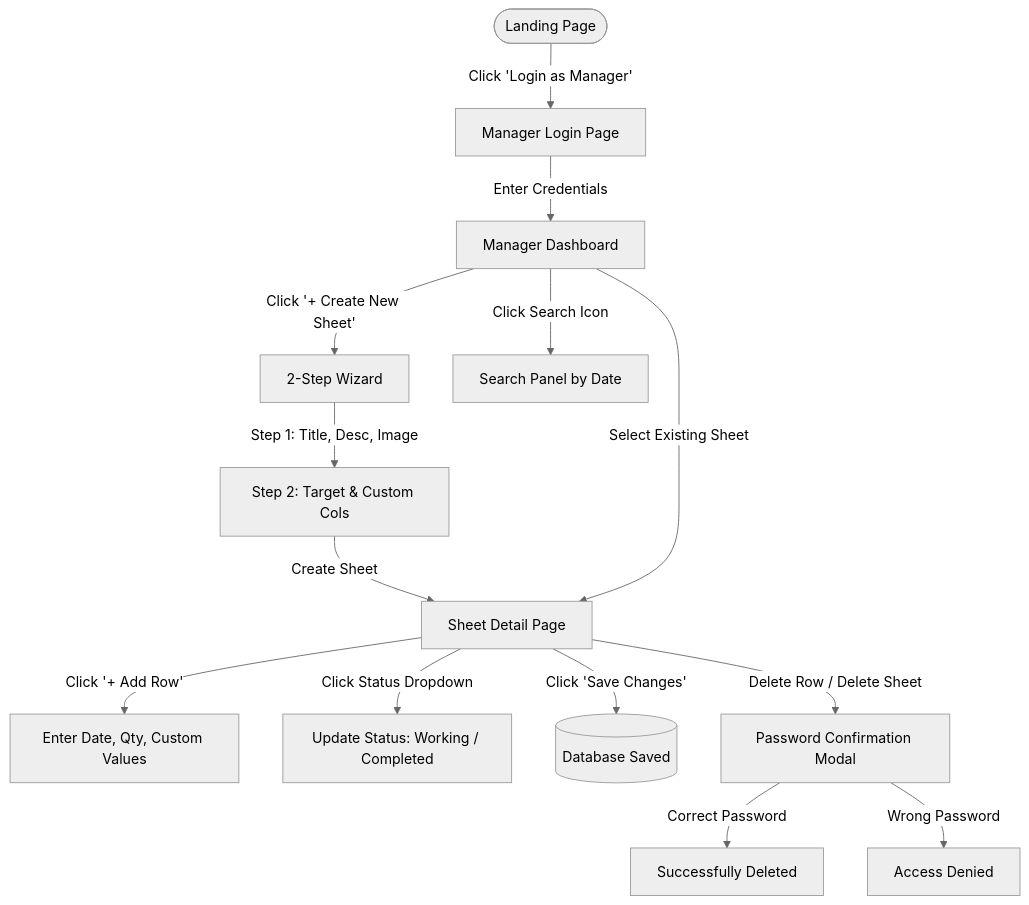
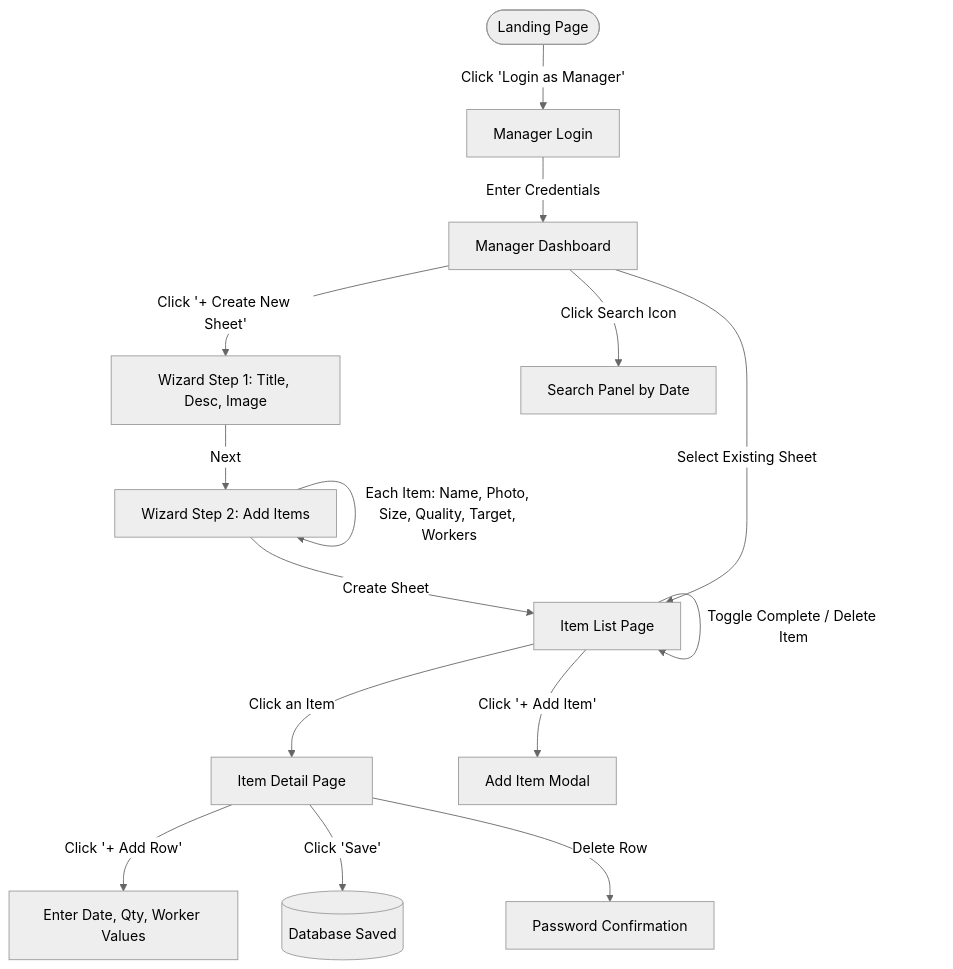
Before and after one commit to IPSayush/Production-Portal: the first of 2 diagrams in WORKFLOW.md, drawn with Mermaid (neutral theme). The commit also changed other lines of this file, not shown here.

Commit message:
docs: update WORKFLOW.md for item-based architecture

````diff
--- a/WORKFLOW.md
+++ b/WORKFLOW.md
@@ -162,20 +178,21 @@
 ```mermaid
 flowchart TD
-    A([Landing Page]) -->|Click 'Login as Manager'| B[Manager Login Page]
+    A([Landing Page]) -->|Click 'Login as Manager'| B[Manager Login]
     B -->|Enter Credentials| C[Manager Dashboard]
     
-    C -->|Click '+ Create New Sheet'| D[2-Step Wizard]
-    D -->|Step 1: Title, Desc, Image| D1[Step 2: Target & Custom Cols]
-    D1 -->|Create Sheet| E[Sheet Detail Page]
+    C -->|Click '+ Create New Sheet'| D[Wizard Step 1: Title, Desc, Image]
+    D -->|Next| E[Wizard Step 2: Add Items]
+    E -->|Each Item: Name, Photo, Size, Quality, Target, Workers| E
+    E -->|Create Sheet| F[Item List Page]
     
-    C -->|Select Existing Sheet| E
+    C -->|Select Existing Sheet| F
     C -->|Click Search Icon| S[Search Panel by Date]
     
-    E -->|Click '+ Add Row'| F[Enter Date, Qty, Custom Values]
-    E -->|Click Status Dropdown| G[Update Status: Working / Completed]
-    E -->|Click 'Save Changes'| H[(Database Saved)]
+    F -->|Click an Item| G[Item Detail Page]
+    F -->|Click '+ Add Item'| H[Add Item Modal]
+    F -->|Toggle Complete / Delete Item| F
     
-    E -->|Delete Row / Delete Sheet| I[Password Confirmation Modal]
-    I -->|Correct Password| J[Successfully Deleted]
-    I -->|Wrong Password| K[Access Denied]
+    G -->|Click '+ Add Row'| I[Enter Date, Qty, Worker Values]
+    G -->|Click 'Save'| J[(Database Saved)]
+    G -->|Delete Row| K[Password Confirmation]
 ```
````
